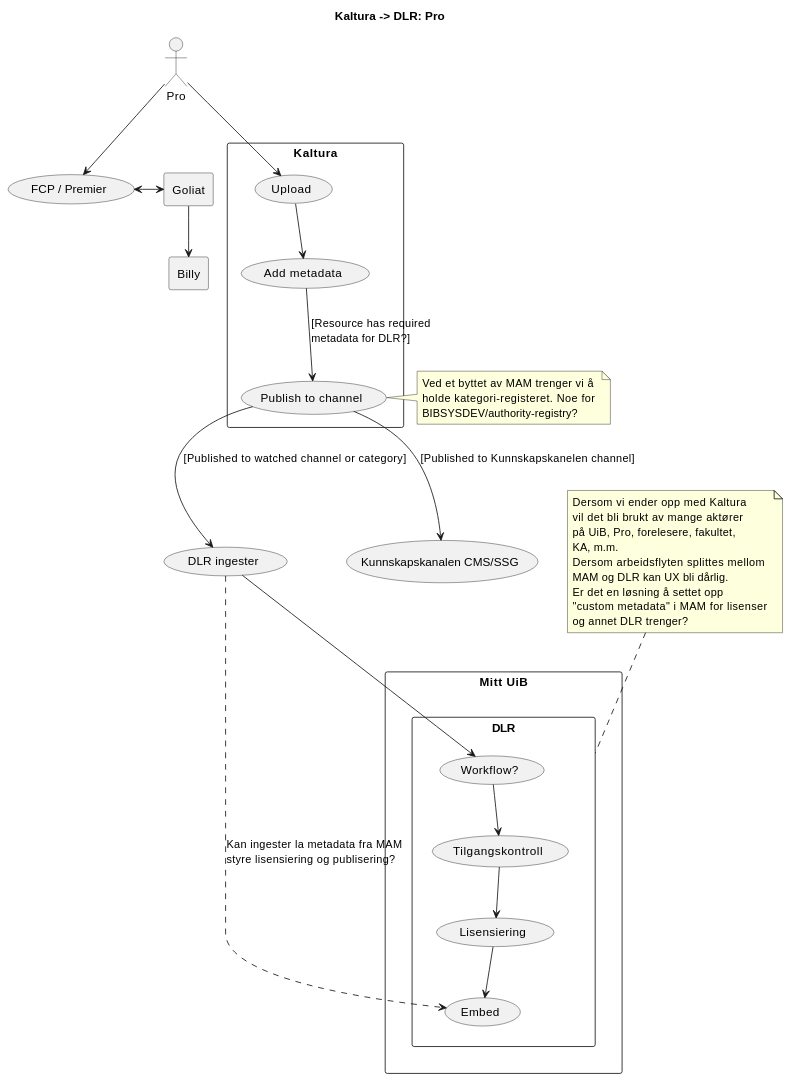
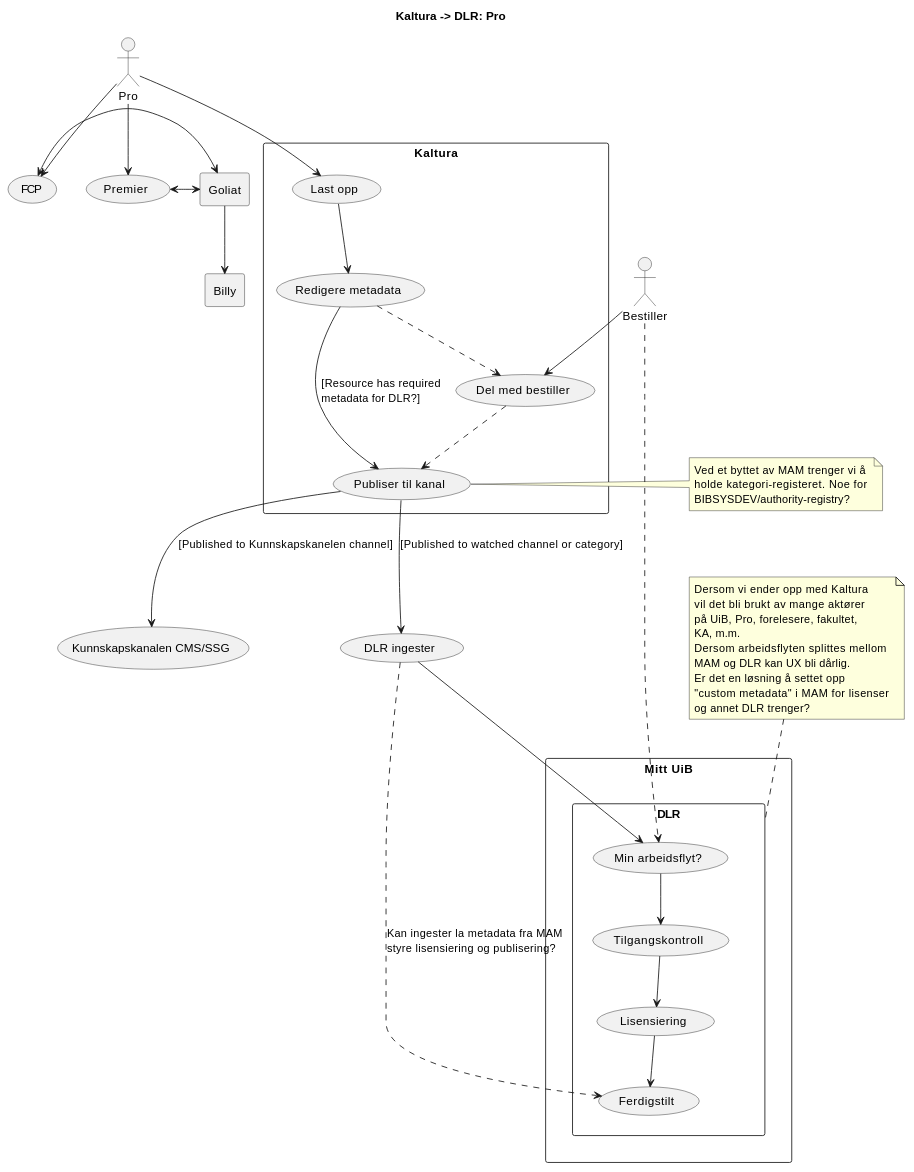
The diagram in src/docs/pro.md (tarjelavik/mam-dlr-architecture), drawn with PlantUML before and after one commit. The commit also changed 2 other files, not shown here.

Commit message:
Cha-cha-changes

````diff
--- a/src/docs/pro.md
+++ b/src/docs/pro.md
@@ -6,66 +6,76 @@
 ```plantuml 
 @startuml
 
 title Kaltura -> DLR: Pro
 
 rectangle Goliat {
 
 }
 
 rectangle Billy {
 
 }
 
 rectangle Kaltura {
-    (Upload)
-    (Add metadata) as metadata
-    (Publish to channel) as channel
+    (Last opp)
+    (Redigere metadata) as metadata
+    (Del med bestiller)
+    (Publiser til kanal) as channel
 }
 
 rectangle "Mitt UiB" as mittuib {
     rectangle DLR {
+        (Min arbeidsflyt?) as wf
         (Tilgangskontroll) as access
         (Lisensiering) as license
-        (Embed) as embed
-        (Workflow?) as wf
+        (Ferdigstilt) as embed
     }
 }
 
-:Pro: 
+:Pro:
+:Bestiller:
 
-Pro --> (FCP / Premier)
-(FCP / Premier) <-> Goliat
+Bestiller --> (Del med bestiller)
+Bestiller ..> wf
+
+Pro --> (FCP)
+(FCP) <-> Goliat
+Pro --> (Premier)
+(Premier) <-> Goliat
+
 Goliat --> Billy
 
-Pro --> (Upload)
-(Upload) --> metadata
+Pro --> (Last opp)
+(Last opp) --> metadata
+metadata ..> (Del med bestiller)
+(Del med bestiller) ..> channel
 metadata --> channel : "[Resource has required\lmetadata for DLR?]"
 
 channel --> (DLR ingester) : "[Published to watched channel or category]"
 channel --> (Kunnskapskanalen CMS/SSG) : "[Published to Kunnskapskanelen channel]"
 (DLR ingester) --> wf
 (DLR ingester) ..> embed : "Kan ingester la metadata fra MAM\lstyre lisensiering og publisering?"
 
 wf --> access
 access --> license
 license --> embed
 
 note top of DLR 
     Dersom vi ender opp med Kaltura
     vil det bli brukt av mange aktører
     på UiB, Pro, forelesere, fakultet,
     KA, m.m.
     Dersom arbeidsflyten splittes mellom
     MAM og DLR kan UX bli dårlig.
     Er det en løsning å settet opp 
     "custom metadata" i MAM for lisenser 
     og annet DLR trenger?
 end note
 
 note left of channel
     Ved et byttet av MAM trenger vi å
     holde kategori-registeret. Noe for 
     BIBSYSDEV/authority-registry?
 end note
 @enduml
 ```
````
